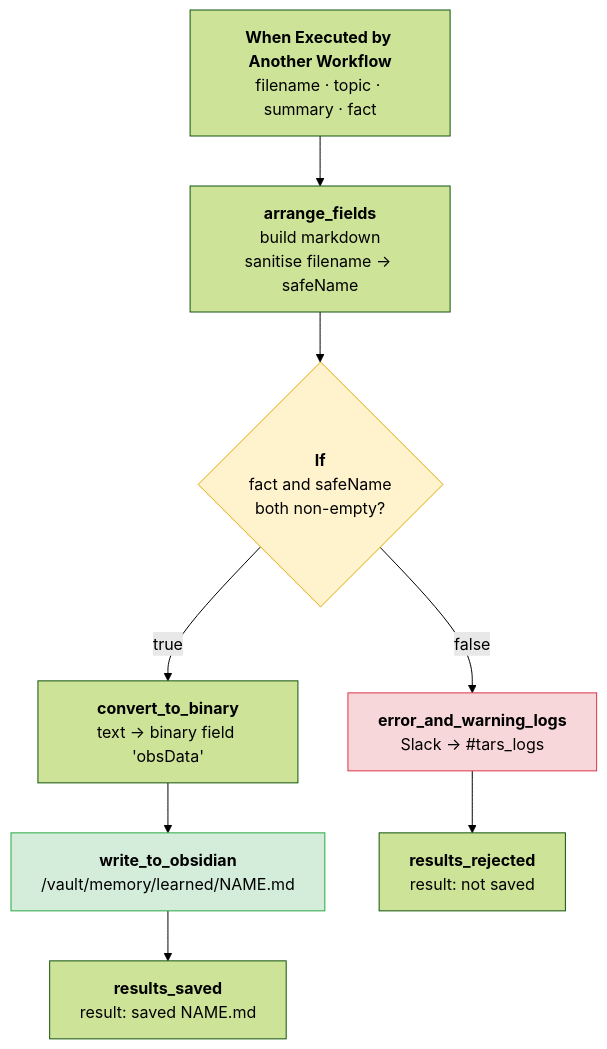
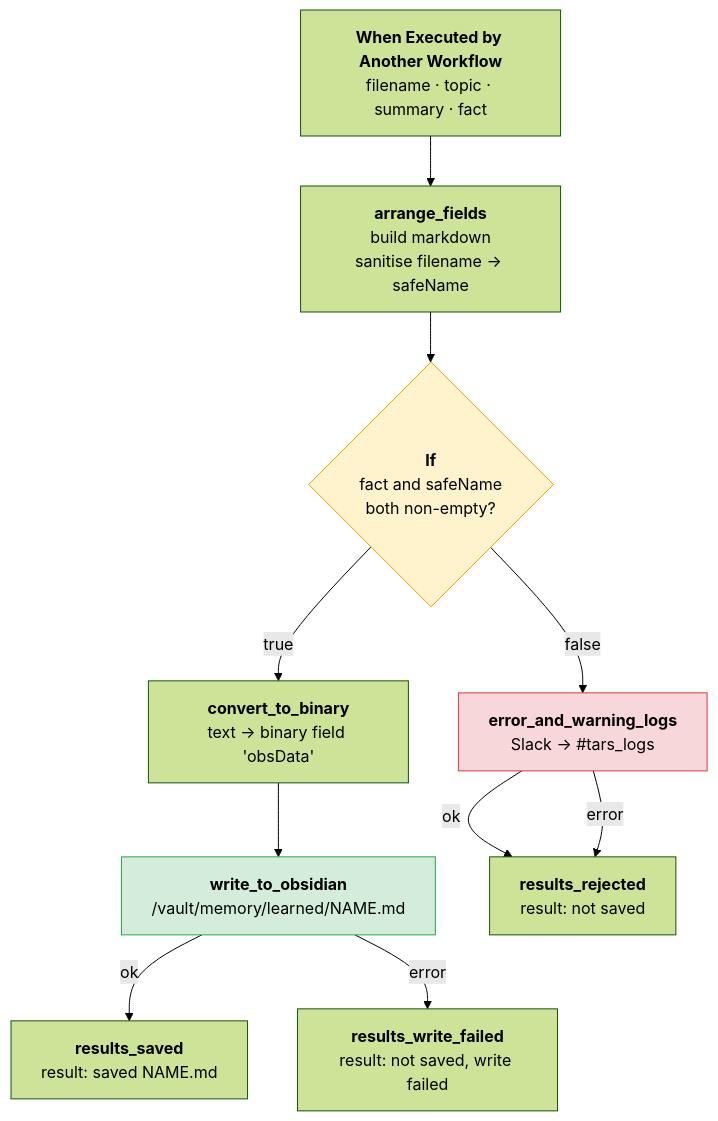
One commit to zeltraxion/automation-stack changed the first of 2 diagrams in docs/memory_write.md. Above: the diagram before and after it, drawn with Mermaid (forest theme). The commit also changed other lines of this file and 3 other files, not shown here.

Commit message:
fix: harden memory_write — YAML escaping, null guards, error outputs

````diff
--- a/docs/memory_write.md
+++ b/docs/memory_write.md
@@ -26,17 +26,22 @@
 ```mermaid
 flowchart TD
     A["<b>When Executed by Another Workflow</b><br/>filename · topic · summary · fact"]
     B["<b>arrange_fields</b><br/>build markdown<br/>sanitise filename → safeName"]
     C{"<b>If</b><br/>fact and safeName<br/>both non-empty?"}
     D["<b>convert_to_binary</b><br/>text → binary field 'obsData'"]
     E["<b>write_to_obsidian</b><br/>/vault/memory/learned/NAME.md"]
     F["<b>results_saved</b><br/>result: saved NAME.md"]
     G["<b>error_and_warning_logs</b><br/>Slack → #tars_logs"]
     H["<b>results_rejected</b><br/>result: not saved"]
+    I["<b>results_write_failed</b><br/>result: not saved, write failed"]
     A --> B --> C
-    C -->|true| D --> E --> F
-    C -->|false| G --> H
+    C -->|true| D --> E
+    E -->|ok| F
+    E -->|error| I
+    C -->|false| G
+    G -->|ok| H
+    G -->|error| H
     style C fill: #fff3cd, stroke: #e0a800
     style E fill: #d4edda, stroke: #28a745
     style G fill: #f8d7da, stroke: #dc3545
 ```
````
